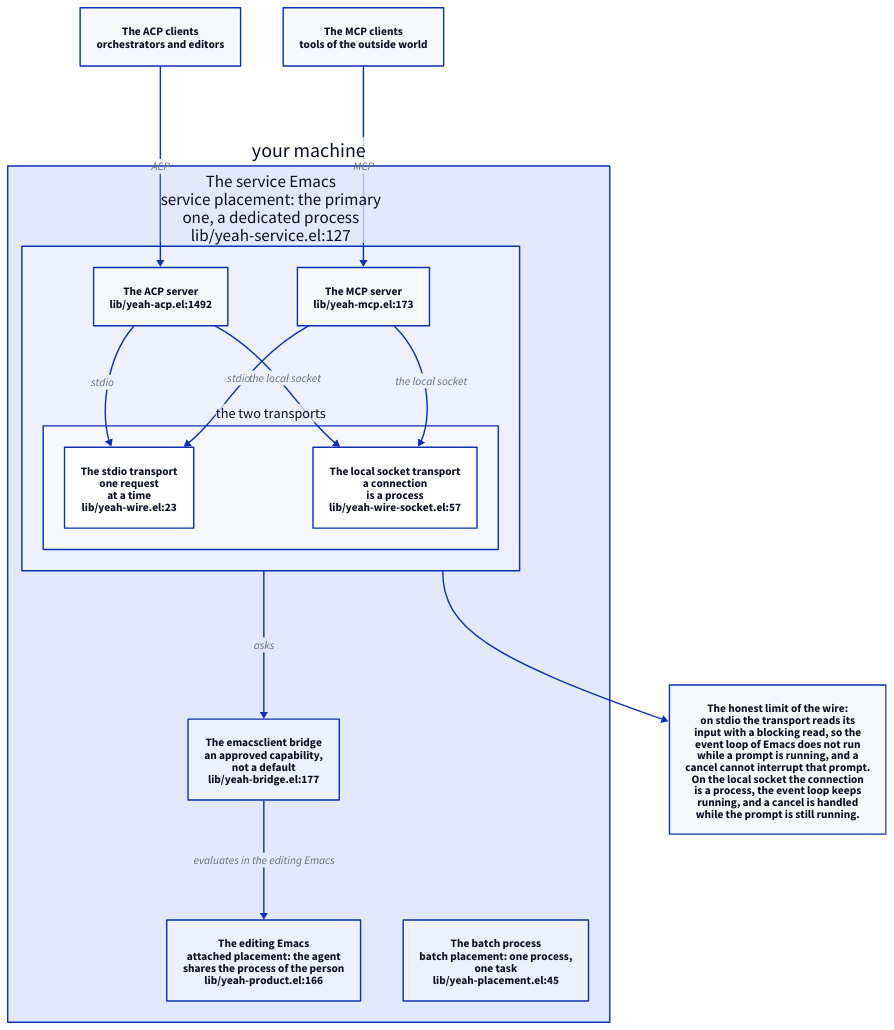
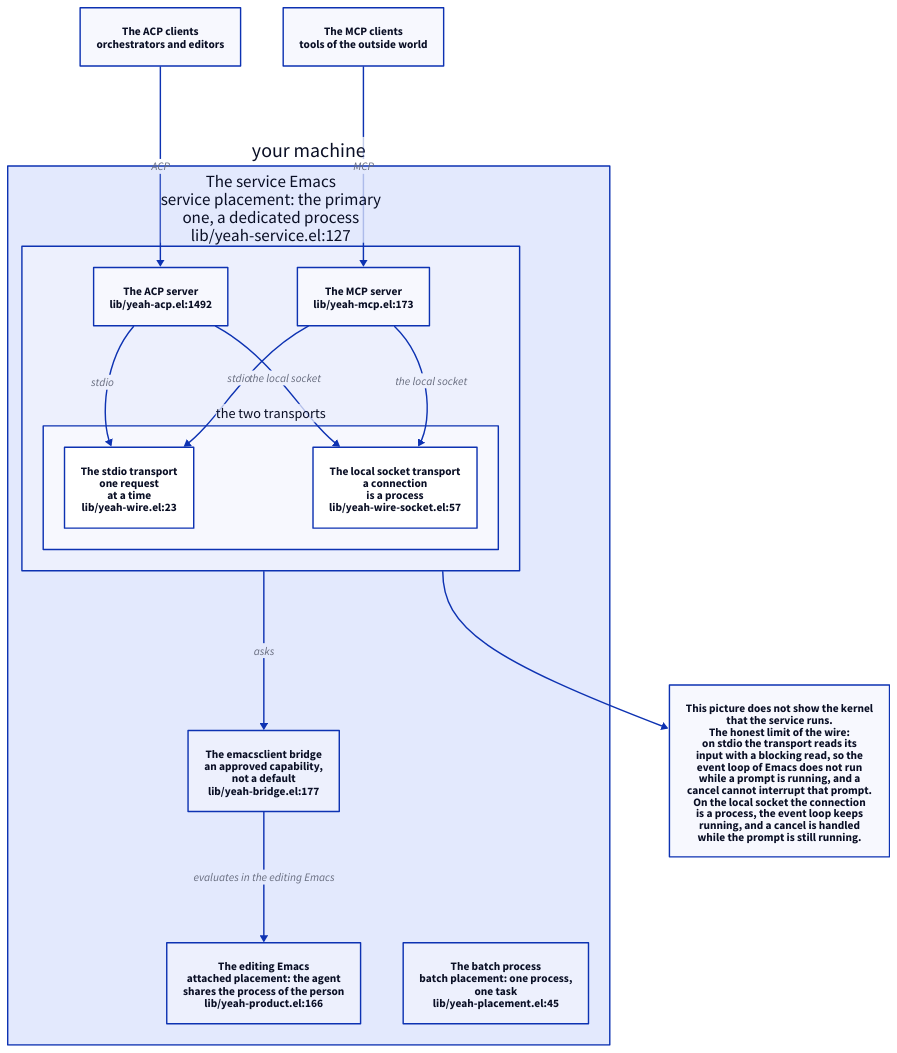
The diagram in site/diagrams/placements.d2 (11111000000/yeah), drawn with D2 before and after one commit. The commit also changed 36 other files, not shown here.

```diff
--- a/site/diagrams/placements.d2
+++ b/site/diagrams/placements.d2
@@ -1,72 +1,72 @@
 # Where Yeah runs, and who talks to it.
 #
 # The three placements of `docs/ARCHITECTURE.md' section 7 -- attached,
 # service and batch -- are three ways of giving the kernel a session, a
 # transport and an answerer; the kernel itself does not know in which of
 # them it runs.  This picture says where each of them lives and what speaks
 # to it.
 #
 # The service is the primary placement (the decision of the owner of
 # 2026-11-12): a dedicated Emacs process runs the harness, so the editing
 # Emacs never shares a thread with a long turn.
 #
 # Every block names the file that implements it, as `file:line'.
 
 direction: down
 
 machine: "your machine" {
   attached: "The editing Emacs\nattached placement: the agent\nshares the process of the person\nlib/yeah-product.el:166"
   service: "The service Emacs\nservice placement: the primary\none, a dedicated process\nlib/yeah-service.el:127" {
     class: subject
     acp: "The ACP server\nlib/yeah-acp.el:1492"
     mcp: "The MCP server\nlib/yeah-mcp.el:173"
     transports: "the two transports" {
       stdio: "The stdio transport\none request\nat a time\nlib/yeah-wire.el:23"
       socket: "The local socket transport\na connection\nis a process\nlib/yeah-wire-socket.el:57"
     }
   }
   batch: "The batch process\nbatch placement: one process,\none task\nlib/yeah-placement.el:45"
   bridge: "The emacsclient bridge\nan approved capability,\nnot a default\nlib/yeah-bridge.el:177"
 }
 
 acp_clients: "The ACP clients\norchestrators and editors"
 mcp_clients: "The MCP clients\ntools of the outside world"
 
 acp_clients -> machine.service.acp: {
-  class: flow
+  class: request
   label: "ACP"
 }
 mcp_clients -> machine.service.mcp: {
-  class: flow
+  class: request
   label: "MCP"
 }
 machine.service.acp -> machine.service.transports.stdio: {
   class: flow
   label: "stdio"
 }
 machine.service.acp -> machine.service.transports.socket: {
   class: flow
   label: "the local socket"
 }
 machine.service.mcp -> machine.service.transports.stdio: {
   class: flow
   label: "stdio"
 }
 machine.service.mcp -> machine.service.transports.socket: {
   class: flow
   label: "the local socket"
 }
 machine.service -> machine.bridge: {
   class: capability
   label: "asks"
 }
 machine.bridge -> machine.attached: {
   class: capability
   label: "evaluates in the editing Emacs"
 }
 
-note: "The honest limit of the wire:\non stdio the transport reads its\ninput with a blocking read, so the\nevent loop of Emacs does not run\nwhile a prompt is running, and a\ncancel cannot interrupt that prompt.\nOn the local socket the connection\nis a process, the event loop keeps\nrunning, and a cancel is handled\nwhile the prompt is still running."
+note: "This picture does not show the kernel\nthat the service runs.\nThe honest limit of the wire:\non stdio the transport reads its\ninput with a blocking read, so the\nevent loop of Emacs does not run\nwhile a prompt is running, and a\ncancel cannot interrupt that prompt.\nOn the local socket the connection\nis a process, the event loop keeps\nrunning, and a cancel is handled\nwhile the prompt is still running."
 
 machine.service -> note: {
   class: hidden
 }
```
